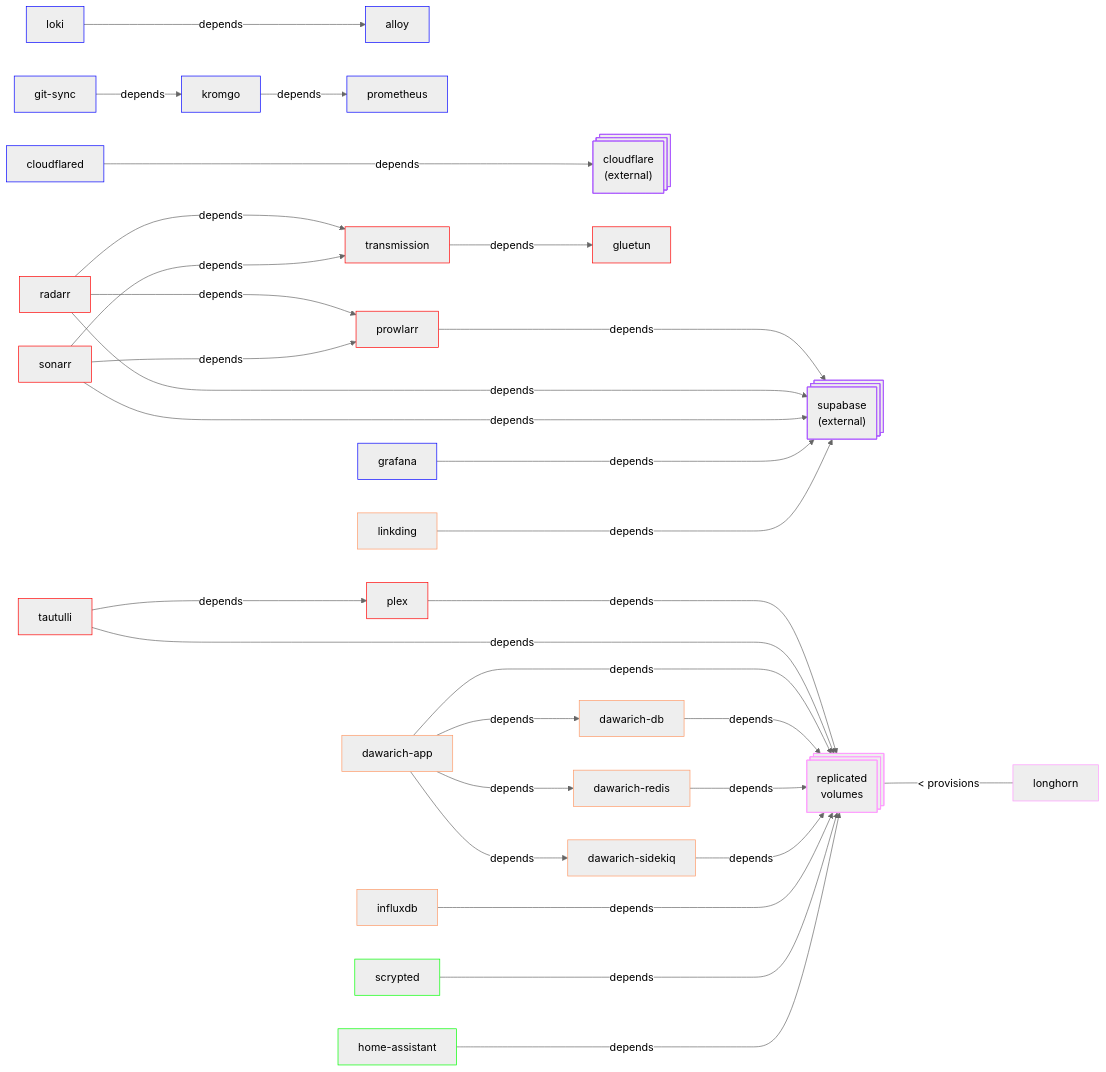
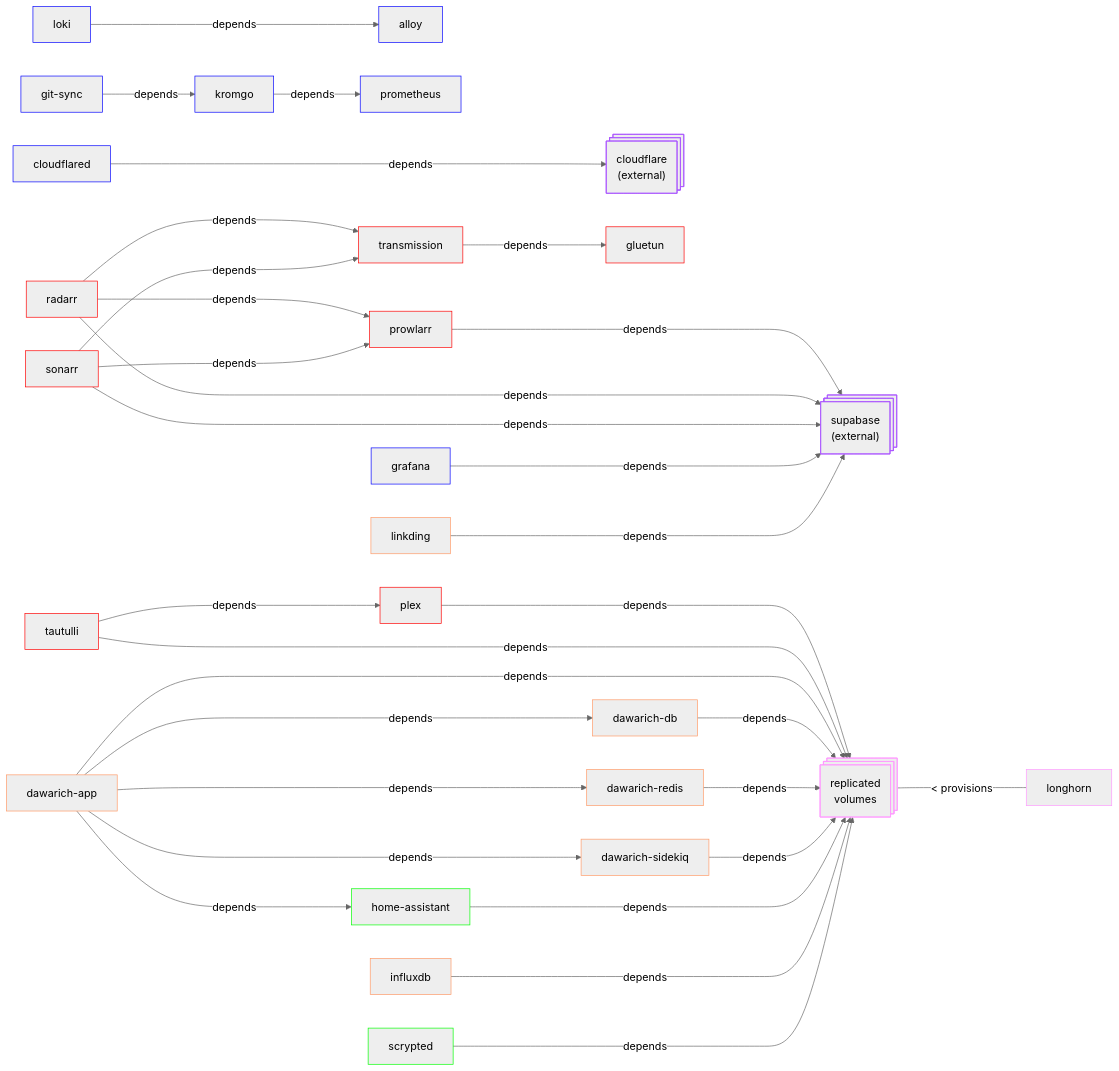
Before and after one commit to jaredfiorali/infrastructure: the first of 3 diagrams in README.md, drawn with Mermaid (neutral theme).

Commit message:
Don't forget the Dawarich to HA dependency

````diff
--- a/README.md
+++ b/README.md
@@ -107,43 +107,44 @@
 ```mermaid
 graph LR
 W[cloudflared]:::blue -----> |depends| X[cloudflare]
 Z[git-sync]:::blue --> |depends| N[kromgo]
 O[loki]:::blue ---> |depends| K[alloy]
 N[kromgo]:::blue --> |depends| I[prometheus]
 B[prowlarr]:::red -----> |depends| Y[supabase]
 C[radarr]:::red ---> |depends| B[prowlarr]
 C[radarr]:::red ---> |depends| F[transmission]
 C[radarr]:::red -----> |depends| Y[supabase]
 D[sonarr]:::red ---> |depends| B[prowlarr]
 D[sonarr]:::red ---> |depends| F[transmission]
 D[sonarr]:::red -----> |depends| Y[supabase]
 F[transmission]:::red ---> |depends| G[gluetun]
 G[gluetun]:::red
 L[grafana]:::blue -----> |depends| Y[supabase]
 V[linkding]:::orange -----> |depends| Y[supabase]
 E[tautulli]:::red ---> |depends| A[plex]
 A[plex]:::red -----> |depends| H[replicated\nvolumes]
 E[tautulli]:::red -----> |depends| H[replicated\nvolumes]
+T[dawarich-app]:::orange ---> |depends| S[home-assistant]
 T[dawarich-app]:::orange ---> |depends| U[dawarich-db]
 T[dawarich-app]:::orange ---> |depends| P[dawarich-redis]
 T[dawarich-app]:::orange ---> |depends| Q[dawarich-sidekiq]
 T[dawarich-app]:::orange ---> |depends| H[replicated\nvolumes]
 U[dawarich-db]:::orange ---> |depends| H[replicated\nvolumes]
 P[dawarich-redis]:::orange ---> |depends| H[replicated\nvolumes]
 Q[dawarich-sidekiq]:::orange ---> |depends| H[replicated\nvolumes]
+S[home-assistant]:::green -----> |depends| H[replicated\nvolumes]
 M[influxdb]:::orange -----> |depends| H[replicated\nvolumes]
 R[scrypted]:::green -----> |depends| H[replicated\nvolumes]
-S[home-assistant]:::green -----> |depends| H[replicated\nvolumes]
 I[prometheus]:::blue
 K[alloy]:::blue
 H:::pink@{ shape: processes, label: "replicated\nvolumes" } <--- |< provisions| J[longhorn]:::pink
 Y:::purple@{ shape: processes, label: "supabase\n(external)" }
 X:::purple@{ shape: processes, label: "cloudflare\n(external)" }
 
 classDef red stroke:#f00
 classDef blue stroke:#00f
 classDef green stroke:#0f0
 classDef orange stroke:#f96
 classDef pink stroke:#f9f
 classDef purple stroke:#a5f
 ```
````
